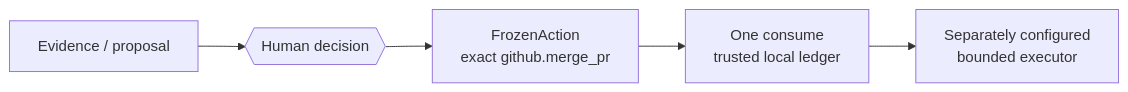
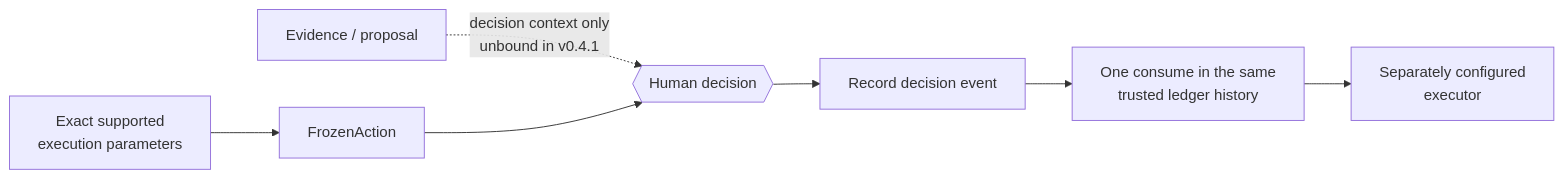
Before and after one commit to UMEBOSHIISAN/mothership: the diagram in README.en.md, drawn with Mermaid. The commit also changed other lines of this file and 10 other files, not shown here.

````diff
--- a/README.en.md
+++ b/README.en.md
@@ -44,7 +44,9 @@
 ```mermaid
 flowchart LR
-    E[Evidence / proposal] --> H{{Human decision}}
-    H --> F[FrozenAction<br/>exact github.merge_pr]
-    F --> L[One consume<br/>trusted local ledger]
-    L --> X[Separately configured<br/>bounded executor]
+    E["Evidence / proposal"] -. "decision context only<br/>unbound in v0.4.1" .-> H{{"Human decision"}}
+    P["Exact supported<br/>execution parameters"] --> F["FrozenAction"]
+    F --> H
+    H --> A["Record decision event"]
+    A --> C["One consume in the same<br/>trusted ledger history"]
+    C --> X["Separately configured<br/>executor"]
 ```
````
